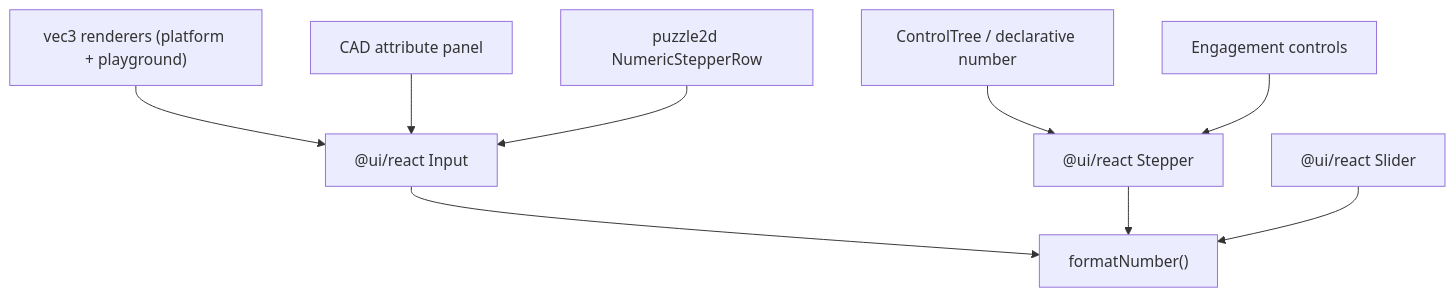
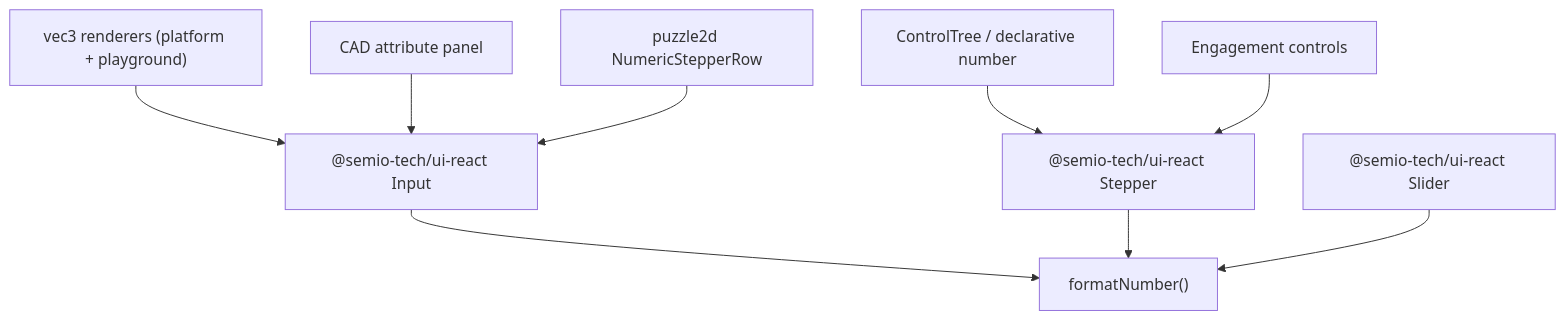
Before and after one commit to usalu/semio: the diagram in .cursor/plans/fix_ui_float_precision_5ecdc2c2.plan.md, drawn with Mermaid. The commit also changed other lines of this file and 1282 other files, not shown here.

````diff
--- a/.cursor/plans/fix_ui_float_precision_5ecdc2c2.plan.md
+++ b/.cursor/plans/fix_ui_float_precision_5ecdc2c2.plan.md
@@ -26,11 +26,11 @@
 ```mermaid
 flowchart TD
   vec3["vec3 renderers (platform + playground)"] --> Input
   cad["CAD attribute panel"] --> Input
   numrow["puzzle2d NumericStepperRow"] --> Input
   ctree["ControlTree / declarative number"] --> Stepper
   eng["Engagement controls"] --> Stepper
-  Input["@ui/react Input"] --> fmt["formatNumber()"]
-  Stepper["@ui/react Stepper"] --> fmt
-  Slider["@ui/react Slider"] --> fmt
+  Input["@semio-tech/ui-react Input"] --> fmt["formatNumber()"]
+  Stepper["@semio-tech/ui-react Stepper"] --> fmt
+  Slider["@semio-tech/ui-react Slider"] --> fmt
 ```
````
